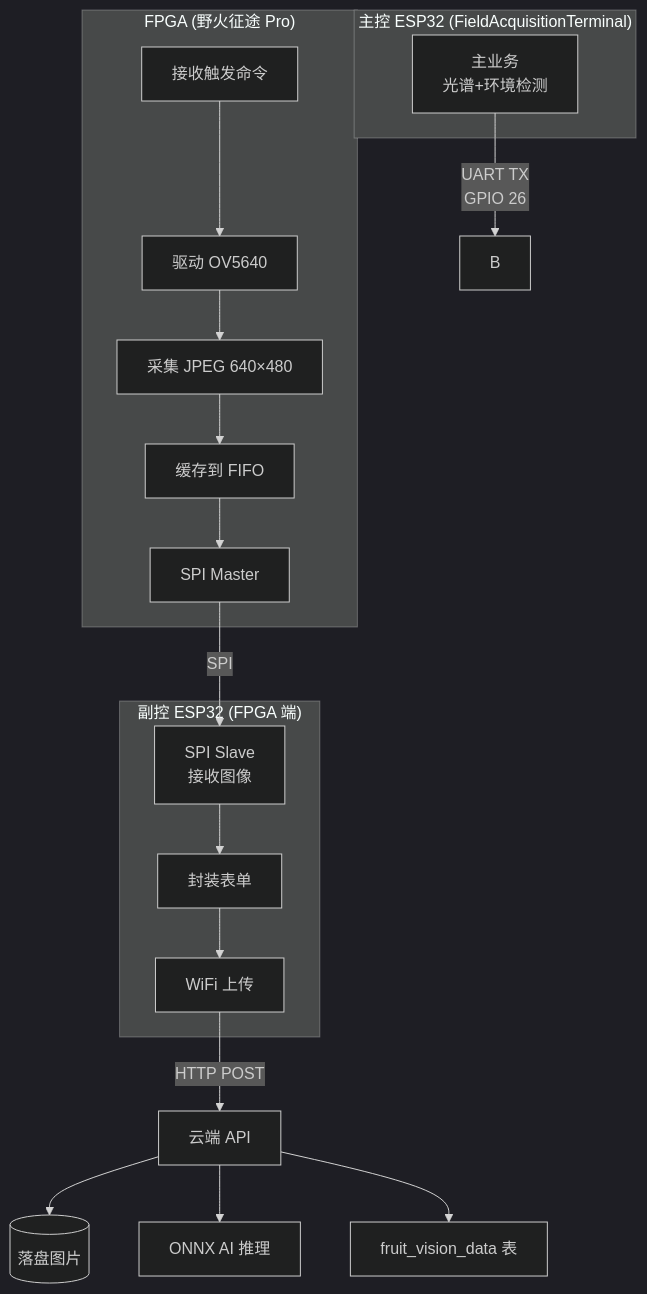
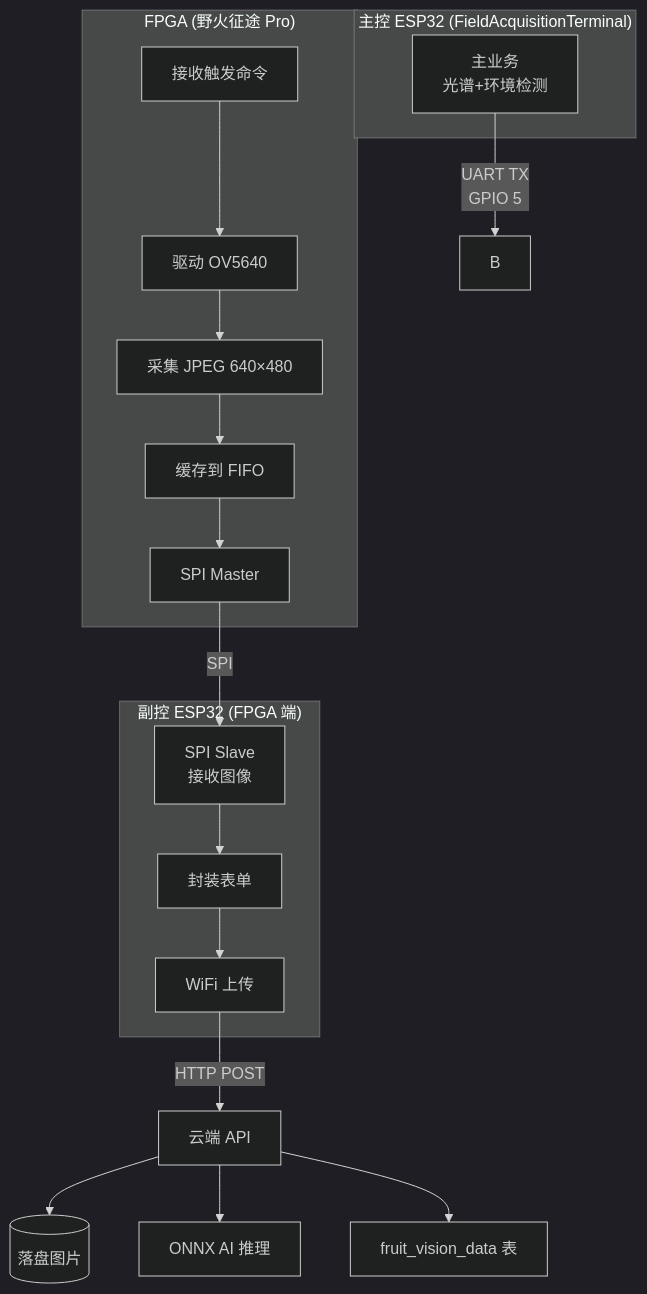
The first of 3 diagrams in Image_Capture_Module/FPGA/FPGA模块-开发者文档.md (Howrun777/Fruit-Quality-Monitoring-System), drawn with Mermaid (dark theme) before and after one commit. The commit also changed other lines of this file and 4 other files, not shown here.

````diff
--- a/Image_Capture_Module/FPGA/FPGA模块-开发者文档.md
+++ b/Image_Capture_Module/FPGA/FPGA模块-开发者文档.md
@@ -28,33 +28,33 @@
 ```mermaid
 flowchart TB
     subgraph 主控["主控 ESP32 (FieldAcquisitionTerminal)"]
         A[主业务<br/>光谱+环境检测]
     end
 
-    A -->|UART TX<br/>GPIO 26| B
+    A -->|UART TX<br/>GPIO 5| B
 
     subgraph FPGA模块["FPGA (野火征途 Pro)"]
         B2[接收触发命令]
         C[驱动 OV5640]
         D[采集 JPEG 640×480]
         E[缓存到 FIFO]
         F[SPI Master]
 
         B2 --> C --> D --> E --> F
     end
 
     F -->|SPI| G
 
     subgraph 副控["副控 ESP32 (FPGA 端)"]
         G[SPI Slave<br/>接收图像]
         H[封装表单]
         I[WiFi 上传]
     end
 
     G --> H --> I
     I -->|HTTP POST| 云端["云端 API"]
 
     云端 --> J[(落盘图片)]
     云端 --> K[ONNX AI 推理]
     云端 --> L[fruit_vision_data 表]
 ```
````
